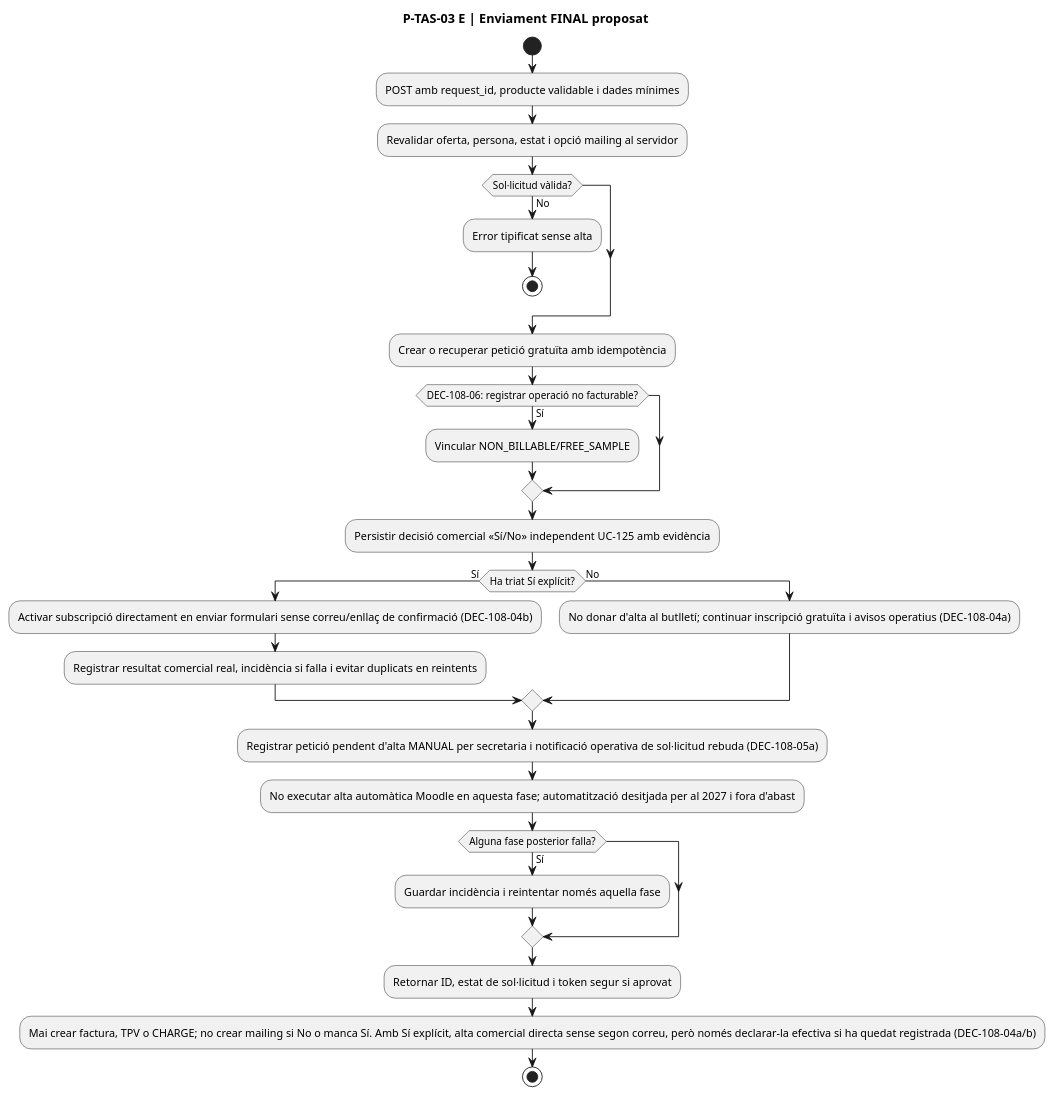
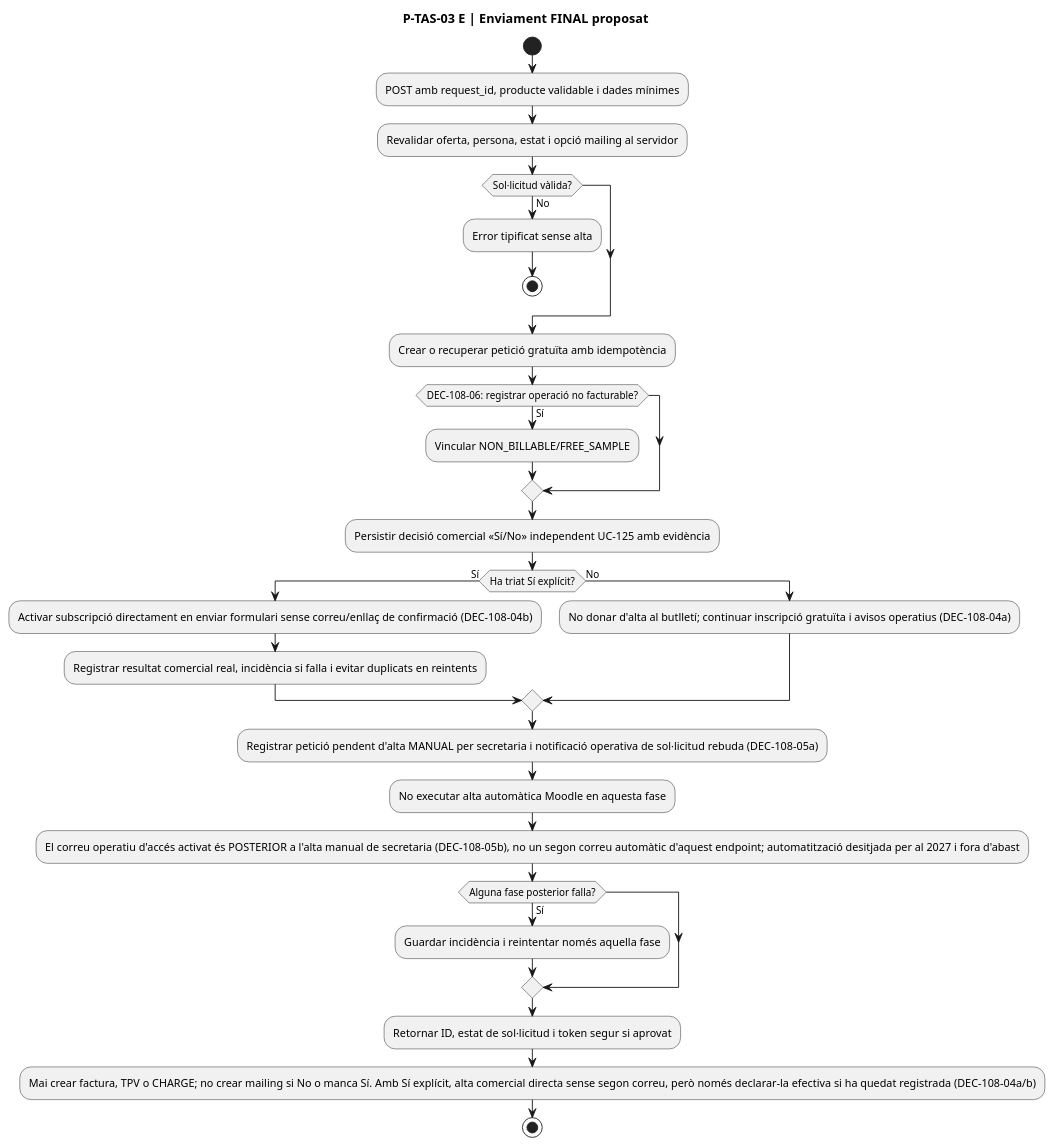
Before and after one commit to orgmeriemprismacat-del/verifactu: diagram 26 of 32 in documentacio/07-uml-integrat/uc-108-activitats-pagines-tastets-actual-final.md, drawn with PlantUML. The commit also changed other lines of this file, not shown here.

Commit message:
docs(uml uc-108): add operational access email after manual activation independent of newsletter

````diff
--- a/documentacio/07-uml-integrat/uc-108-activitats-pagines-tastets-actual-final.md
+++ b/documentacio/07-uml-integrat/uc-108-activitats-pagines-tastets-actual-final.md
@@ -638,31 +639,32 @@
 ```plantuml
 @startuml
 title P-TAS-03 E | Enviament FINAL proposat
 start
 :POST amb request_id, producte validable i dades mínimes;
 :Revalidar oferta, persona, estat i opció mailing al servidor;
 if (Sol·licitud vàlida?) then (No)
   :Error tipificat sense alta;
   stop
 endif
 :Crear o recuperar petició gratuïta amb idempotència;
 if (DEC-108-06: registrar operació no facturable?) then (Sí)
   :Vincular NON_BILLABLE/FREE_SAMPLE;
 endif
 :Persistir decisió comercial «Sí/No» independent UC-125 amb evidència;
 if (Ha triat Sí explícit?) then (Sí)
   :Activar subscripció directament en enviar formulari sense correu/enllaç de confirmació (DEC-108-04b);
   :Registrar resultat comercial real, incidència si falla i evitar duplicats en reintents;
 else (No)
   :No donar d'alta al butlletí; continuar inscripció gratuïta i avisos operatius (DEC-108-04a);
 endif
 :Registrar petició pendent d'alta MANUAL per secretaria i notificació operativa de sol·licitud rebuda (DEC-108-05a);
-:No executar alta automàtica Moodle en aquesta fase; automatització desitjada per al 2027 i fora d'abast;
+:No executar alta automàtica Moodle en aquesta fase;
+:El correu operatiu d'accés activat és POSTERIOR a l'alta manual de secretaria (DEC-108-05b), no un segon correu automàtic d'aquest endpoint; automatització desitjada per al 2027 i fora d'abast;
 if (Alguna fase posterior falla?) then (Sí)
   :Guardar incidència i reintentar només aquella fase;
 endif
 :Retornar ID, estat de sol·licitud i token segur si aprovat;
 :Mai crear factura, TPV o CHARGE; no crear mailing si No o manca Sí. Amb Sí explícit, alta comercial directa sense segon correu, però només declarar-la efectiva si ha quedat registrada (DEC-108-04a/b);
 stop
 @enduml
 ```
````
